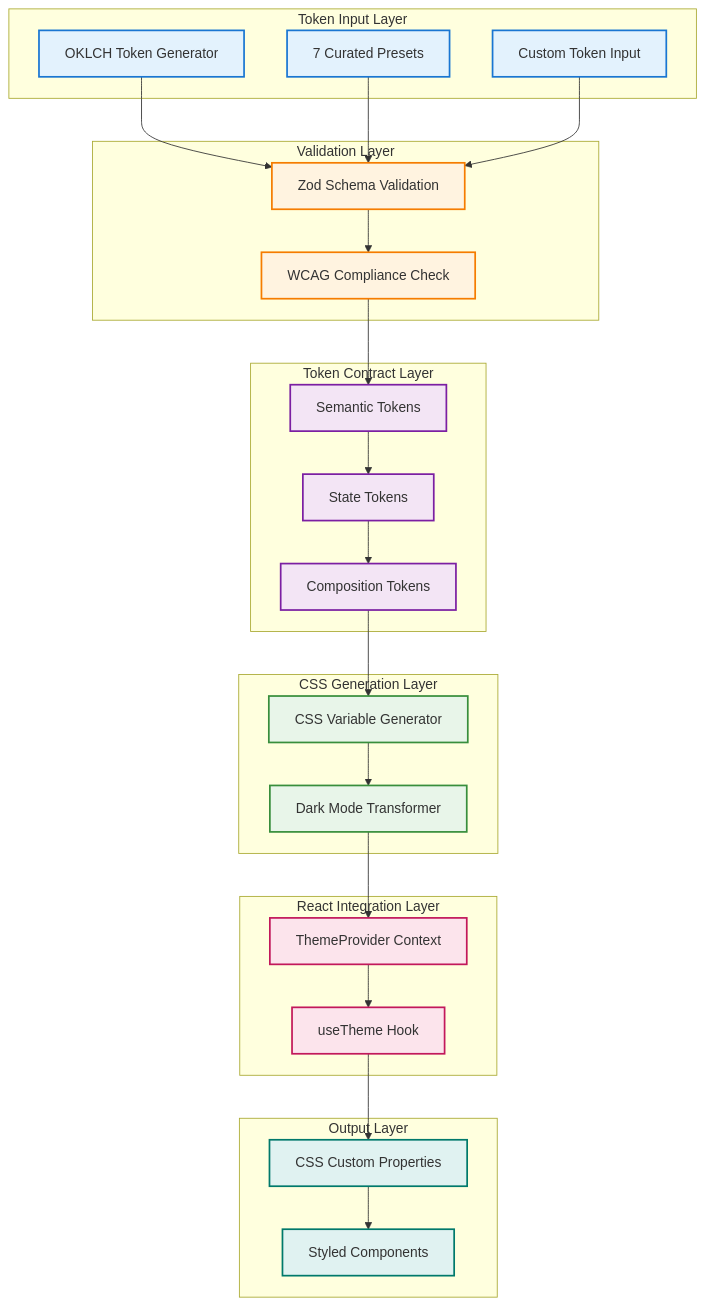
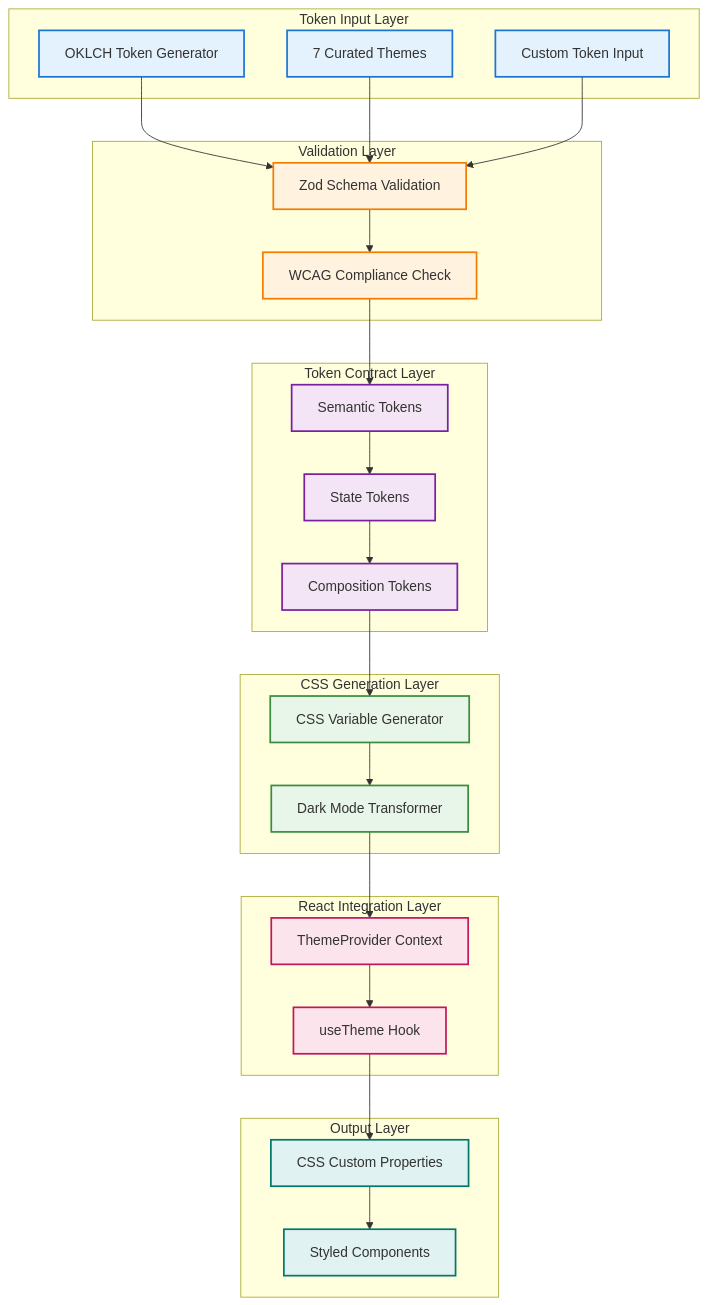
Before and after one commit to soo-kate-yeon/framingui: the first of 5 diagrams in packages/token-contract/docs/ARCHITECTURE.md, drawn with Mermaid. The commit also changed other lines of this file and 301 other files, not shown here.

````diff
--- a/packages/token-contract/docs/ARCHITECTURE.md
+++ b/packages/token-contract/docs/ARCHITECTURE.md
@@ -9,62 +9,62 @@
 ```mermaid
 graph TB
     subgraph "Token Input Layer"
         OKLCH[OKLCH Token Generator]
-        Presets[7 Curated Presets]
+        Themes[7 Curated Themes]
         Custom[Custom Token Input]
     end
 
     subgraph "Validation Layer"
         Zod[Zod Schema Validation]
         WCAG[WCAG Compliance Check]
     end
 
     subgraph "Token Contract Layer"
         Semantic[Semantic Tokens]
         State[State Tokens]
         Composition[Composition Tokens]
     end
 
     subgraph "CSS Generation Layer"
         CSSGen[CSS Variable Generator]
         DarkMode[Dark Mode Transformer]
     end
 
     subgraph "React Integration Layer"
         ThemeProvider[ThemeProvider Context]
         Hooks[useTheme Hook]
     end
 
     subgraph "Output Layer"
         CSSVars[CSS Custom Properties]
         StyledComps[Styled Components]
     end
 
     OKLCH --> Zod
-    Presets --> Zod
+    Themes --> Zod
     Custom --> Zod
     Zod --> WCAG
     WCAG --> Semantic
     Semantic --> State
     State --> Composition
     Composition --> CSSGen
     CSSGen --> DarkMode
     DarkMode --> ThemeProvider
     ThemeProvider --> Hooks
     Hooks --> CSSVars
     CSSVars --> StyledComps
 
     classDef inputLayer fill:#e3f2fd,stroke:#1976d2,stroke-width:2px
     classDef validationLayer fill:#fff3e0,stroke:#f57c00,stroke-width:2px
     classDef contractLayer fill:#f3e5f5,stroke:#7b1fa2,stroke-width:2px
     classDef generationLayer fill:#e8f5e9,stroke:#388e3c,stroke-width:2px
     classDef integrationLayer fill:#fce4ec,stroke:#c2185b,stroke-width:2px
     classDef outputLayer fill:#e0f2f1,stroke:#00796b,stroke-width:2px
 
-    class OKLCH,Presets,Custom inputLayer
+    class OKLCH,Themes,Custom inputLayer
     class Zod,WCAG validationLayer
     class Semantic,State,Composition contractLayer
     class CSSGen,DarkMode generationLayer
     class ThemeProvider,Hooks integrationLayer
     class CSSVars,StyledComps outputLayer
 ```
````
